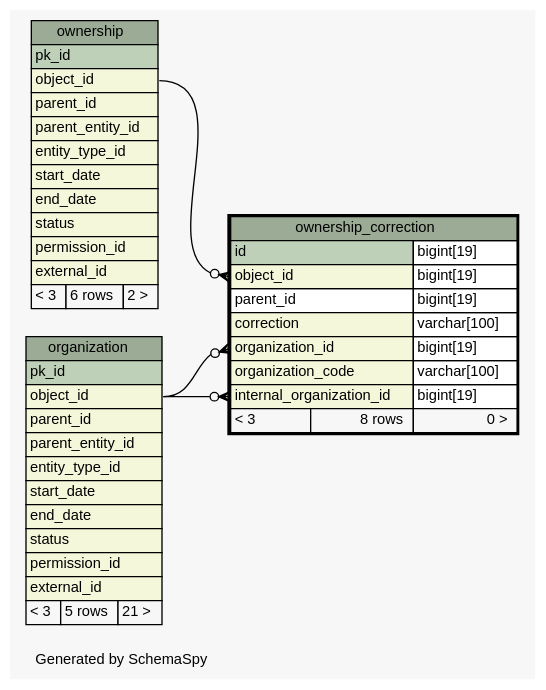
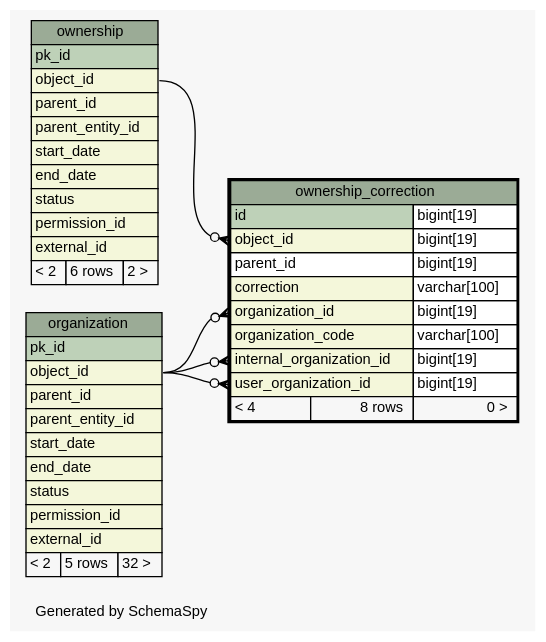
Before and after one commit to complitex/svn_osznconnection: the diagram in osznconnection-db/doc/osznconnection/diagrams/ownership_correction.1degree.dot, drawn with Graphviz. The commit also changed 477 other files, not shown here.

Commit message:
Re-generated outdated schema visualization

```diff
--- a/osznconnection-db/doc/osznconnection/diagrams/ownership_correction.1degree.dot
+++ b/osznconnection-db/doc/osznconnection/diagrams/ownership_correction.1degree.dot
@@ -1,79 +1,79 @@
 // dot 2.28.0 on Windows 7 6.1
 // SchemaSpy rev 590
 digraph "oneDegreeRelationshipsDiagram" {
   graph [
     rankdir="RL"
     bgcolor="#f7f7f7"
     label="\nGenerated by SchemaSpy"
     labeljust="l"
     nodesep="0.18"
     ranksep="0.46"
     fontname="Helvetica"
     fontsize="11"
   ];
   node [
     fontname="Helvetica"
     fontsize="11"
     shape="plaintext"
   ];
   edge [
     arrowsize="0.8"
   ];
   "ownership_correction":"internal_organization_id":w -> "organization":"object_id":e [arrowhead=none dir=back arrowtail=crowodot];
   "ownership_correction":"object_id":w -> "ownership":"object_id":e [arrowhead=none dir=back arrowtail=crowodot];
   "ownership_correction":"organization_id":w -> "organization":"object_id":e [arrowhead=none dir=back arrowtail=crowodot];
+  "ownership_correction":"user_organization_id":w -> "organization":"object_id":e [arrowhead=none dir=back arrowtail=crowodot];
   "organization" [
     label=<
     <TABLE BORDER="0" CELLBORDER="1" CELLSPACING="0" BGCOLOR="#ffffff">
       <TR><TD COLSPAN="3" BGCOLOR="#9bab96" ALIGN="CENTER">organization</TD></TR>
       <TR><TD PORT="pk_id" COLSPAN="3" BGCOLOR="#bed1b8" ALIGN="LEFT">pk_id</TD></TR>
       <TR><TD PORT="object_id" COLSPAN="3" BGCOLOR="#f4f7da" ALIGN="LEFT">object_id</TD></TR>
       <TR><TD PORT="parent_id" COLSPAN="3" BGCOLOR="#f4f7da" ALIGN="LEFT">parent_id</TD></TR>
       <TR><TD PORT="parent_entity_id" COLSPAN="3" BGCOLOR="#f4f7da" ALIGN="LEFT">parent_entity_id</TD></TR>
-      <TR><TD PORT="entity_type_id" COLSPAN="3" BGCOLOR="#f4f7da" ALIGN="LEFT">entity_type_id</TD></TR>
       <TR><TD PORT="start_date" COLSPAN="3" BGCOLOR="#f4f7da" ALIGN="LEFT">start_date</TD></TR>
       <TR><TD PORT="end_date" COLSPAN="3" BGCOLOR="#f4f7da" ALIGN="LEFT">end_date</TD></TR>
       <TR><TD PORT="status" COLSPAN="3" BGCOLOR="#f4f7da" ALIGN="LEFT">status</TD></TR>
       <TR><TD PORT="permission_id" COLSPAN="3" BGCOLOR="#f4f7da" ALIGN="LEFT">permission_id</TD></TR>
       <TR><TD PORT="external_id" COLSPAN="3" BGCOLOR="#f4f7da" ALIGN="LEFT">external_id</TD></TR>
-      <TR><TD ALIGN="LEFT" BGCOLOR="#f7f7f7">&lt; 3</TD><TD ALIGN="RIGHT" BGCOLOR="#f7f7f7">5 rows</TD><TD ALIGN="RIGHT" BGCOLOR="#f7f7f7">21 &gt;</TD></TR>
+      <TR><TD ALIGN="LEFT" BGCOLOR="#f7f7f7">&lt; 2</TD><TD ALIGN="RIGHT" BGCOLOR="#f7f7f7">5 rows</TD><TD ALIGN="RIGHT" BGCOLOR="#f7f7f7">32 &gt;</TD></TR>
     </TABLE>>
     URL="organization.html"
     tooltip="organization"
   ];
   "ownership" [
     label=<
     <TABLE BORDER="0" CELLBORDER="1" CELLSPACING="0" BGCOLOR="#ffffff">
       <TR><TD COLSPAN="3" BGCOLOR="#9bab96" ALIGN="CENTER">ownership</TD></TR>
       <TR><TD PORT="pk_id" COLSPAN="3" BGCOLOR="#bed1b8" ALIGN="LEFT">pk_id</TD></TR>
       <TR><TD PORT="object_id" COLSPAN="3" BGCOLOR="#f4f7da" ALIGN="LEFT">object_id</TD></TR>
       <TR><TD PORT="parent_id" COLSPAN="3" BGCOLOR="#f4f7da" ALIGN="LEFT">parent_id</TD></TR>
       <TR><TD PORT="parent_entity_id" COLSPAN="3" BGCOLOR="#f4f7da" ALIGN="LEFT">parent_entity_id</TD></TR>
-      <TR><TD PORT="entity_type_id" COLSPAN="3" BGCOLOR="#f4f7da" ALIGN="LEFT">entity_type_id</TD></TR>
       <TR><TD PORT="start_date" COLSPAN="3" BGCOLOR="#f4f7da" ALIGN="LEFT">start_date</TD></TR>
       <TR><TD PORT="end_date" COLSPAN="3" BGCOLOR="#f4f7da" ALIGN="LEFT">end_date</TD></TR>
       <TR><TD PORT="status" COLSPAN="3" BGCOLOR="#f4f7da" ALIGN="LEFT">status</TD></TR>
       <TR><TD PORT="permission_id" COLSPAN="3" BGCOLOR="#f4f7da" ALIGN="LEFT">permission_id</TD></TR>
       <TR><TD PORT="external_id" COLSPAN="3" BGCOLOR="#f4f7da" ALIGN="LEFT">external_id</TD></TR>
-      <TR><TD ALIGN="LEFT" BGCOLOR="#f7f7f7">&lt; 3</TD><TD ALIGN="RIGHT" BGCOLOR="#f7f7f7">6 rows</TD><TD ALIGN="RIGHT" BGCOLOR="#f7f7f7">2 &gt;</TD></TR>
+      <TR><TD ALIGN="LEFT" BGCOLOR="#f7f7f7">&lt; 2</TD><TD ALIGN="RIGHT" BGCOLOR="#f7f7f7">6 rows</TD><TD ALIGN="RIGHT" BGCOLOR="#f7f7f7">2 &gt;</TD></TR>
     </TABLE>>
     URL="ownership.html"
     tooltip="ownership"
   ];
   "ownership_correction" [
     label=<
     <TABLE BORDER="2" CELLBORDER="1" CELLSPACING="0" BGCOLOR="#ffffff">
       <TR><TD COLSPAN="3" BGCOLOR="#9bab96" ALIGN="CENTER">ownership_correction</TD></TR>
       <TR><TD PORT="id" COLSPAN="2" BGCOLOR="#bed1b8" ALIGN="LEFT">id</TD><TD PORT="id.type" ALIGN="LEFT">bigint[19]</TD></TR>
       <TR><TD PORT="object_id" COLSPAN="2" BGCOLOR="#f4f7da" ALIGN="LEFT">object_id</TD><TD PORT="object_id.type" ALIGN="LEFT">bigint[19]</TD></TR>
       <TR><TD PORT="parent_id" COLSPAN="2" ALIGN="LEFT">parent_id</TD><TD PORT="parent_id.type" ALIGN="LEFT">bigint[19]</TD></TR>
       <TR><TD PORT="correction" COLSPAN="2" BGCOLOR="#f4f7da" ALIGN="LEFT">correction</TD><TD PORT="correction.type" ALIGN="LEFT">varchar[100]</TD></TR>
       <TR><TD PORT="organization_id" COLSPAN="2" BGCOLOR="#f4f7da" ALIGN="LEFT">organization_id</TD><TD PORT="organization_id.type" ALIGN="LEFT">bigint[19]</TD></TR>
       <TR><TD PORT="organization_code" COLSPAN="2" BGCOLOR="#f4f7da" ALIGN="LEFT">organization_code</TD><TD PORT="organization_code.type" ALIGN="LEFT">varchar[100]</TD></TR>
       <TR><TD PORT="internal_organization_id" COLSPAN="2" BGCOLOR="#f4f7da" ALIGN="LEFT">internal_organization_id</TD><TD PORT="internal_organization_id.type" ALIGN="LEFT">bigint[19]</TD></TR>
-      <TR><TD ALIGN="LEFT" BGCOLOR="#f7f7f7">&lt; 3</TD><TD ALIGN="RIGHT" BGCOLOR="#f7f7f7">8 rows</TD><TD ALIGN="RIGHT" BGCOLOR="#f7f7f7">0 &gt;</TD></TR>
+      <TR><TD PORT="user_organization_id" COLSPAN="2" BGCOLOR="#f4f7da" ALIGN="LEFT">user_organization_id</TD><TD PORT="user_organization_id.type" ALIGN="LEFT">bigint[19]</TD></TR>
+      <TR><TD ALIGN="LEFT" BGCOLOR="#f7f7f7">&lt; 4</TD><TD ALIGN="RIGHT" BGCOLOR="#f7f7f7">8 rows</TD><TD ALIGN="RIGHT" BGCOLOR="#f7f7f7">0 &gt;</TD></TR>
     </TABLE>>
     URL="ownership_correction.html"
     tooltip="ownership_correction"
   ];
 }
```
